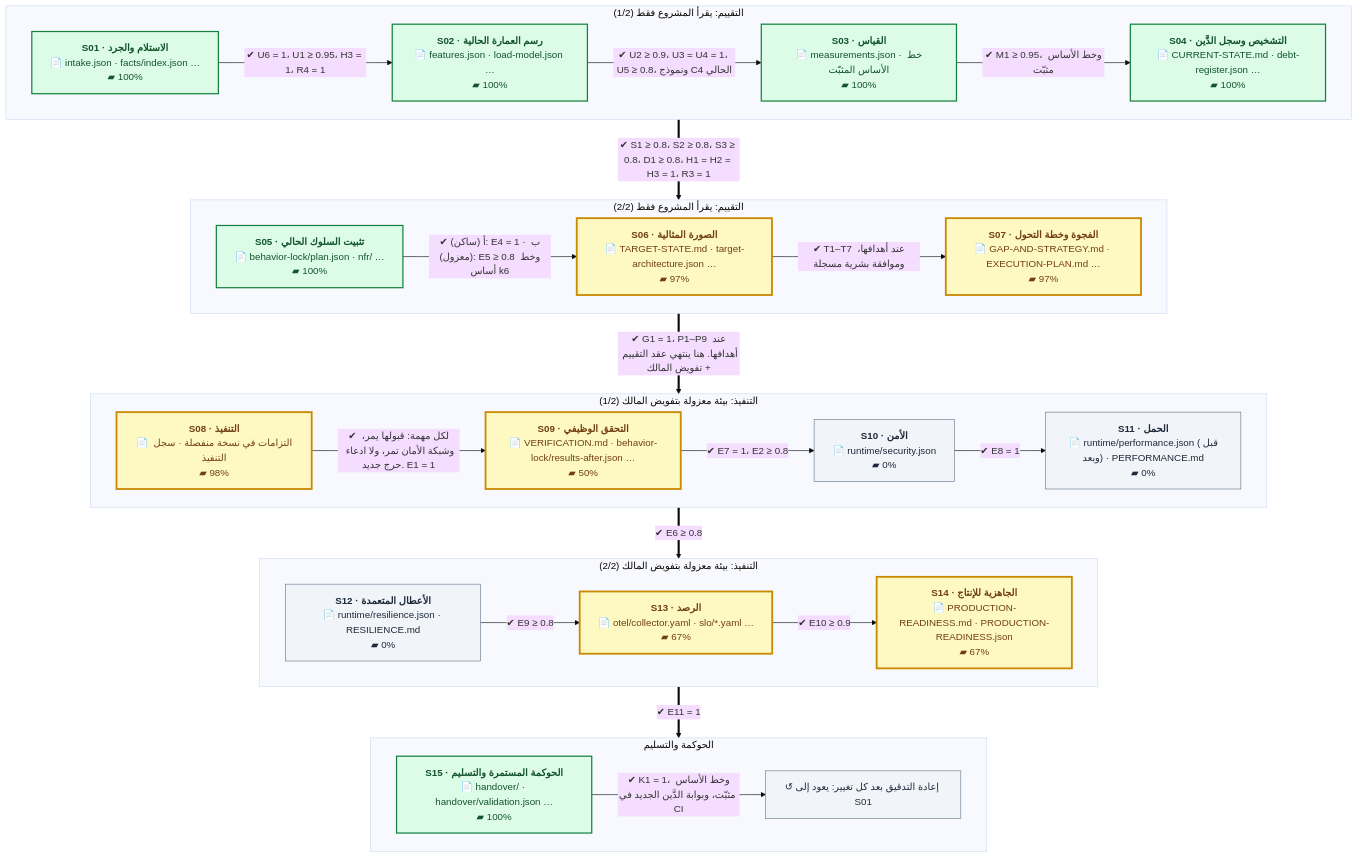
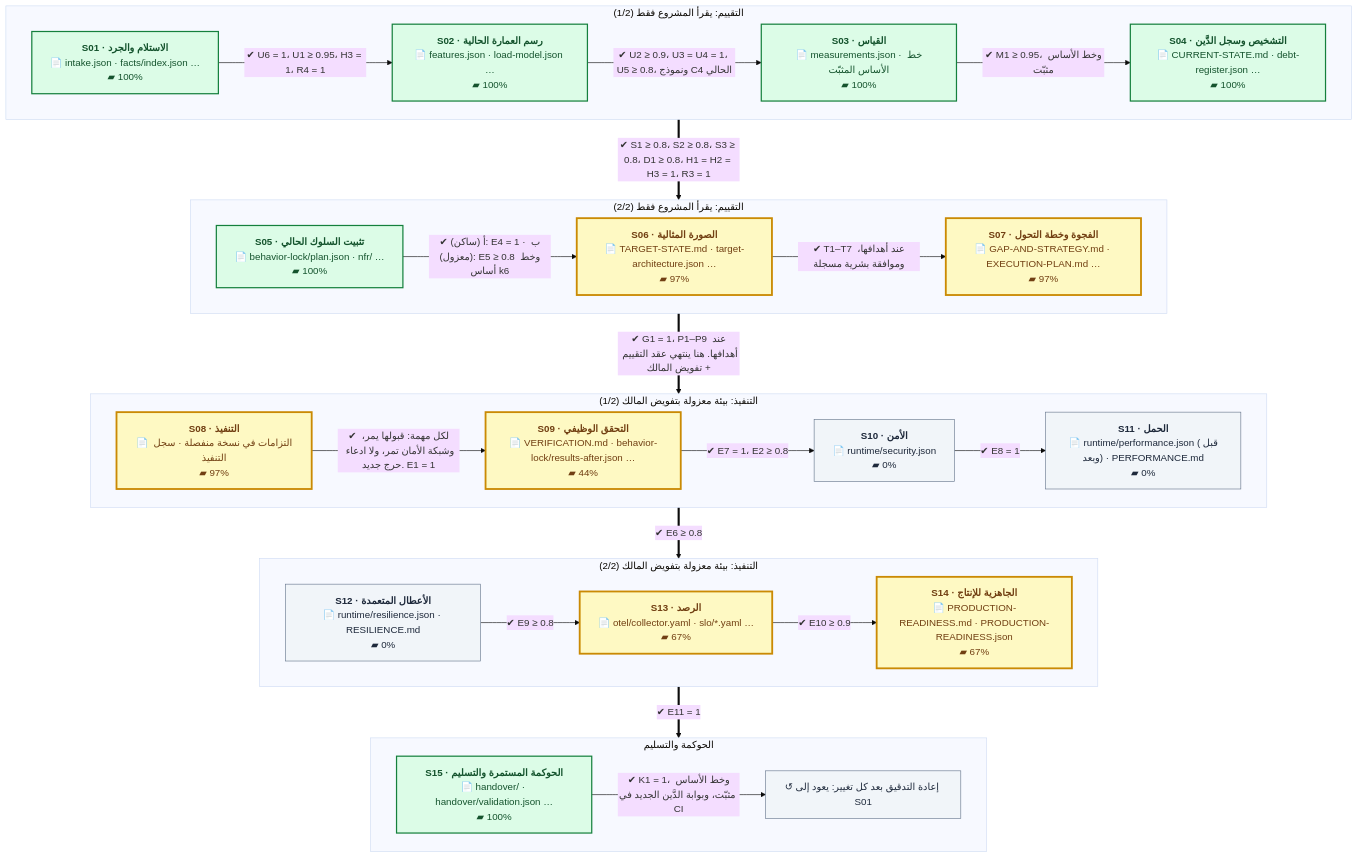
The first of 2 diagrams in README.md (eom1417/engineering-audit-os), drawn with Mermaid (base theme) before and after one commit. The commit also changed other lines of this file and 23 other files, not shown here.

````diff
--- a/README.md
+++ b/README.md
@@ -52,54 +52,54 @@
 ```mermaid
 %%{init: {'flowchart': {'wrappingWidth': 260, 'nodeSpacing': 40, 'rankSpacing': 60}}}%%
 flowchart TB
     subgraph P1["التقييم: يقرأ المشروع فقط (1/2)"]
         direction LR
         S01["<b>S01 · الاستلام والجرد</b><br/>📄 intake.json · facts/index.json …<br/>▰ 100%"]:::done
         S02["<b>S02 · رسم العمارة الحالية</b><br/>📄 features.json · load-model.json …<br/>▰ 100%"]:::done
         S03["<b>S03 · القياس</b><br/>📄 measurements.json · خط الأساس المثبّت<br/>▰ 100%"]:::done
         S04["<b>S04 · التشخيص وسجل الدَّين</b><br/>📄 CURRENT-STATE.md · debt-register.json …<br/>▰ 100%"]:::done
         S01 -->|"✔ U6 = 1، U1 ≥ 0.95، H3 = 1، R4 = 1"| S02
         S02 -->|"✔ U2 ≥ 0.9، U3 = U4 = 1، U5 ≥ 0.8، ونموذج C4 الحالي"| S03
         S03 -->|"✔ M1 ≥ 0.95، وخط الأساس مثبّت"| S04
     end
     subgraph P2["التقييم: يقرأ المشروع فقط (2/2)"]
         direction LR
         S05["<b>S05 · تثبيت السلوك الحالي</b><br/>📄 behavior-lock/plan.json · nfr/ …<br/>▰ 100%"]:::done
         S06["<b>S06 · الصورة المثالية</b><br/>📄 TARGET-STATE.md · target-architecture.json …<br/>▰ 97%"]:::current
         S07["<b>S07 · الفجوة وخطة التحول</b><br/>📄 GAP-AND-STRATEGY.md · EXECUTION-PLAN.md …<br/>▰ 97%"]:::current
         S05 -->|"✔ أ (ساكن): E4 = 1 · ب (معزول): E5 ≥ 0.8 وخط أساس k6"| S06
         S06 -->|"✔ T1–T7 عند أهدافها، وموافقة بشرية مسجلة"| S07
     end
     subgraph P3["التنفيذ: بيئة معزولة بتفويض المالك (1/2)"]
         direction LR
-        S08["<b>S08 · التنفيذ</b><br/>📄 التزامات في نسخة منفصلة · سجل التنفيذ<br/>▰ 98%"]:::current
-        S09["<b>S09 · التحقق الوظيفي</b><br/>📄 VERIFICATION.md · behavior-lock/results-after.json …<br/>▰ 50%"]:::current
+        S08["<b>S08 · التنفيذ</b><br/>📄 التزامات في نسخة منفصلة · سجل التنفيذ<br/>▰ 97%"]:::current
+        S09["<b>S09 · التحقق الوظيفي</b><br/>📄 VERIFICATION.md · behavior-lock/results-after.json …<br/>▰ 44%"]:::current
         S10["<b>S10 · الأمن</b><br/>📄 runtime/security.json<br/>▰ 0%"]:::next
         S11["<b>S11 · الحمل</b><br/>📄 runtime/performance.json (قبل وبعد) · PERFORMANCE.md<br/>▰ 0%"]:::next
         S08 -->|"✔ لكل مهمة: قبولها يمر، وشبكة الأمان تمر، ولا ادعاء حرج جديد. E1 = 1"| S09
         S09 -->|"✔ E7 = 1، E2 ≥ 0.8"| S10
         S10 -->|"✔ E8 = 1"| S11
     end
     subgraph P4["التنفيذ: بيئة معزولة بتفويض المالك (2/2)"]
         direction LR
         S12["<b>S12 · الأعطال المتعمدة</b><br/>📄 runtime/resilience.json · RESILIENCE.md<br/>▰ 0%"]:::next
         S13["<b>S13 · الرصد</b><br/>📄 otel/collector.yaml · slo/*.yaml …<br/>▰ 67%"]:::current
         S14["<b>S14 · الجاهزية للإنتاج</b><br/>📄 PRODUCTION-READINESS.md · PRODUCTION-READINESS.json<br/>▰ 67%"]:::current
         S12 -->|"✔ E9 ≥ 0.8"| S13
         S13 -->|"✔ E10 ≥ 0.9"| S14
     end
     subgraph P5["الحوكمة والتسليم"]
         direction LR
         S15["<b>S15 · الحوكمة المستمرة والتسليم</b><br/>📄 handover/ · handover/validation.json …<br/>▰ 100%"]:::done
         LOOP["↺ إعادة التدقيق بعد كل تغيير: يعود إلى S01"]:::next
         S15 -->|"✔ K1 = 1، وخط الأساس مثبّت، وبوابة الدَّين الجديد في CI"| LOOP
     end
     P1 ==>|"✔ S1 ≥ 0.8، S2 ≥ 0.8، S3 ≥ 0.8، D1 ≥ 0.8، H1 = H2 = H3 = 1، R3 = 1"| P2
     P2 ==>|"✔ G1 = 1، P1–P9 عند أهدافها. هنا ينتهي عقد التقييم + تفويض المالك"| P3
     P3 ==>|"✔ E6 ≥ 0.8"| P4
     P4 ==>|"✔ E11 = 1"| P5
     classDef done fill:#dcfce7,stroke:#15803d,color:#14532d,stroke-width:2px
     classDef current fill:#fef9c3,stroke:#ca8a04,color:#713f12,stroke-width:3px
     classDef next fill:#f1f5f9,stroke:#64748b,color:#1e293b
     classDef owner fill:#fee2e2,stroke:#b91c1c,color:#7f1d1d,stroke-dasharray:5 3
 ```
````
